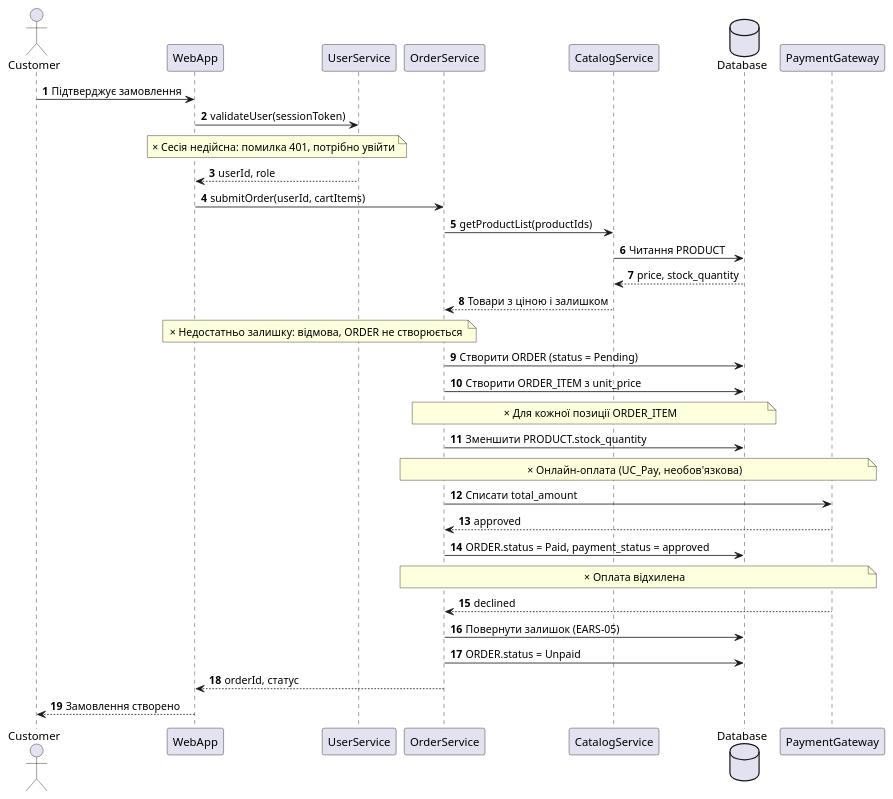
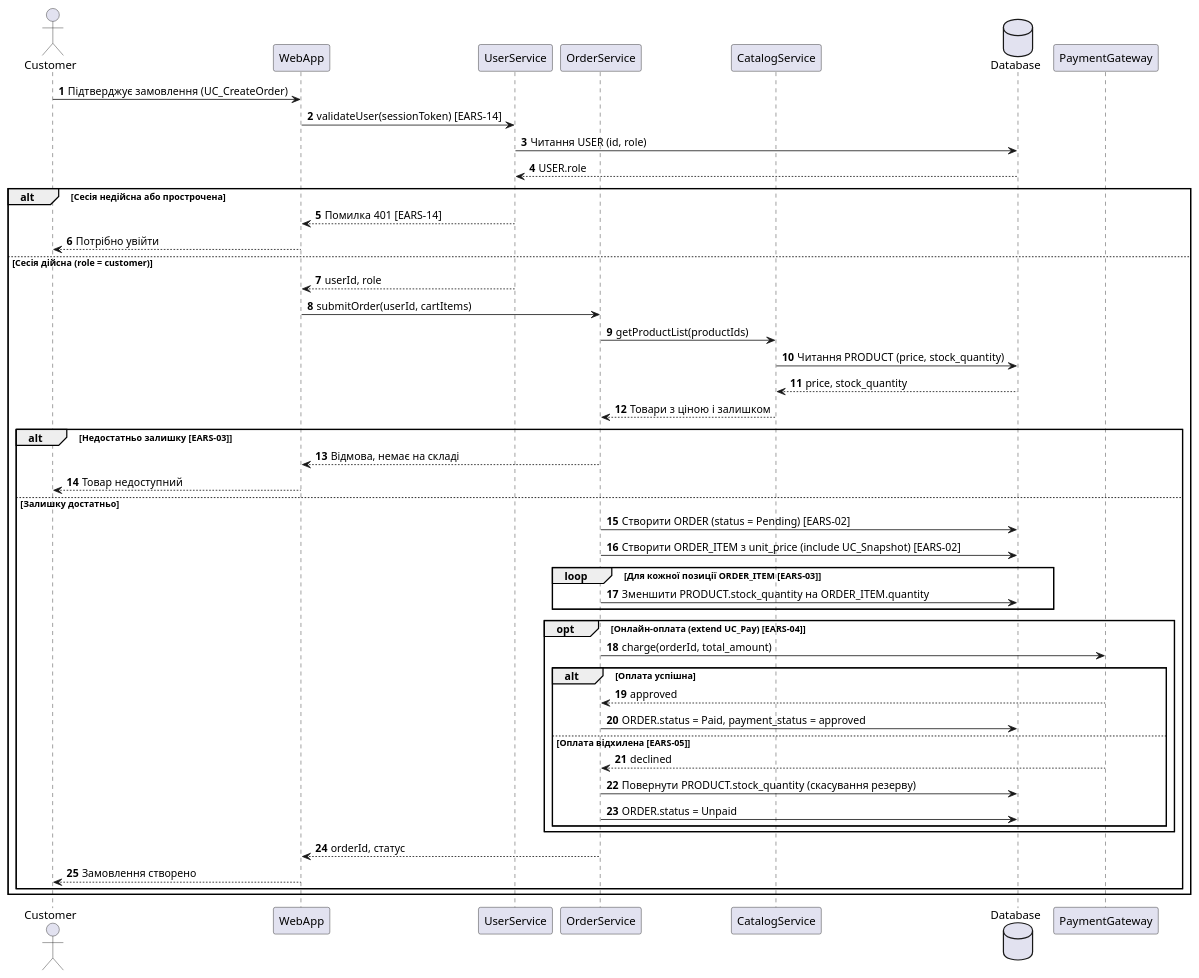
One commit to Stefect/Modeling-and-Analysis-of-Software-Requirements changed the diagram in task-3/sequence.puml. Above: the diagram before and after it, drawn with PlantUML. The commit also changed 4 other files, not shown here.

Commit message:
Оновив специфікацію та діаграми для оформлення замовлення: відновлено гілки `alt`, `opt`, `loop` у sequence-діаграмі, уточнив критерії в spec.md, додав перевірку сесії та виправив розбіжності у DEFENSE.md.

```diff
--- a/task-3/sequence.puml
+++ b/task-3/sequence.puml
@@ -1,37 +1,51 @@
 @startuml sequence
-' ТИМЧАСОВО: alt, opt, loop замінено на note з позначкою ×. Повна версія — у коміті 416d605.
+' Еталон для sequence.md (Mermaid). EARS у дужках квадратних, return — пунктирна стрілка.
 autonumber
 
 actor Customer
 participant WebApp
 participant UserService
 participant OrderService
 participant CatalogService
 database Database
 participant PaymentGateway
 
-Customer -> WebApp : Підтверджує замовлення
-WebApp -> UserService : validateUser(sessionToken)
-note over UserService, WebApp : × Сесія недійсна: помилка 401, потрібно увійти
-UserService --> WebApp : userId, role
-WebApp -> OrderService : submitOrder(userId, cartItems)
-OrderService -> CatalogService : getProductList(productIds)
-CatalogService -> Database : Читання PRODUCT
-Database --> CatalogService : price, stock_quantity
-CatalogService --> OrderService : Товари з ціною і залишком
-note over OrderService, WebApp : × Недостатньо залишку: відмова, ORDER не створюється
-OrderService -> Database : Створити ORDER (status = Pending)
-OrderService -> Database : Створити ORDER_ITEM з unit_price
-note over OrderService, Database : × Для кожної позиції ORDER_ITEM
-OrderService -> Database : Зменшити PRODUCT.stock_quantity
-note over OrderService, PaymentGateway : × Онлайн-оплата (UC_Pay, необов'язкова)
-OrderService -> PaymentGateway : Списати total_amount
-PaymentGateway --> OrderService : approved
-OrderService -> Database : ORDER.status = Paid, payment_status = approved
-note over OrderService, PaymentGateway : × Оплата відхилена
-PaymentGateway --> OrderService : declined
-OrderService -> Database : Повернути залишок (EARS-05)
-OrderService -> Database : ORDER.status = Unpaid
-OrderService --> WebApp : orderId, статус
-WebApp --> Customer : Замовлення створено
+Customer -> WebApp : Підтверджує замовлення (UC_CreateOrder)
+WebApp -> UserService : validateUser(sessionToken) [EARS-14]
+UserService -> Database : Читання USER (id, role)
+Database --> UserService : USER.role
+alt Сесія недійсна або прострочена
+  UserService --> WebApp : Помилка 401 [EARS-14]
+  WebApp --> Customer : Потрібно увійти
+else Сесія дійсна (role = customer)
+  UserService --> WebApp : userId, role
+  WebApp -> OrderService : submitOrder(userId, cartItems)
+  OrderService -> CatalogService : getProductList(productIds)
+  CatalogService -> Database : Читання PRODUCT (price, stock_quantity)
+  Database --> CatalogService : price, stock_quantity
+  CatalogService --> OrderService : Товари з ціною і залишком
+  alt Недостатньо залишку [EARS-03]
+    OrderService --> WebApp : Відмова, немає на складі
+    WebApp --> Customer : Товар недоступний
+  else Залишку достатньо
+    OrderService -> Database : Створити ORDER (status = Pending) [EARS-02]
+    OrderService -> Database : Створити ORDER_ITEM з unit_price (include UC_Snapshot) [EARS-02]
+    loop Для кожної позиції ORDER_ITEM [EARS-03]
+      OrderService -> Database : Зменшити PRODUCT.stock_quantity на ORDER_ITEM.quantity
+    end
+    opt Онлайн-оплата (extend UC_Pay) [EARS-04]
+      OrderService -> PaymentGateway : charge(orderId, total_amount)
+      alt Оплата успішна
+        PaymentGateway --> OrderService : approved
+        OrderService -> Database : ORDER.status = Paid, payment_status = approved
+      else Оплата відхилена [EARS-05]
+        PaymentGateway --> OrderService : declined
+        OrderService -> Database : Повернути PRODUCT.stock_quantity (скасування резерву)
+        OrderService -> Database : ORDER.status = Unpaid
+      end
+    end
+    OrderService --> WebApp : orderId, статус
+    WebApp --> Customer : Замовлення створено
+  end
+end
 @enduml
```
